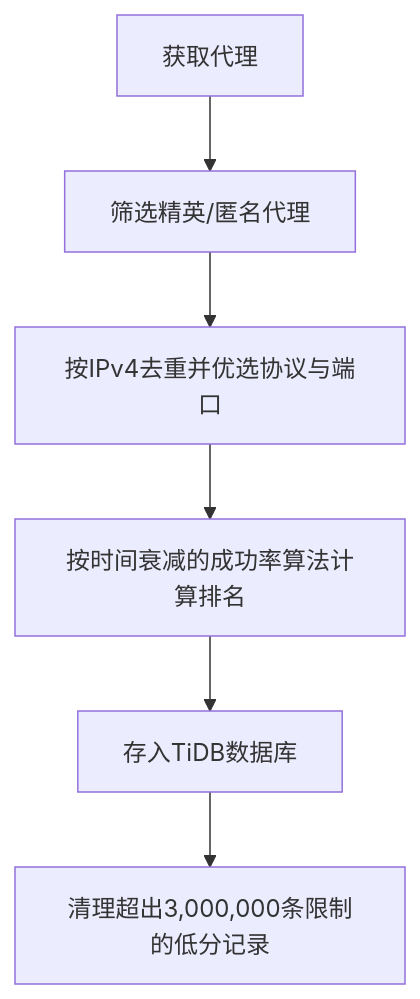
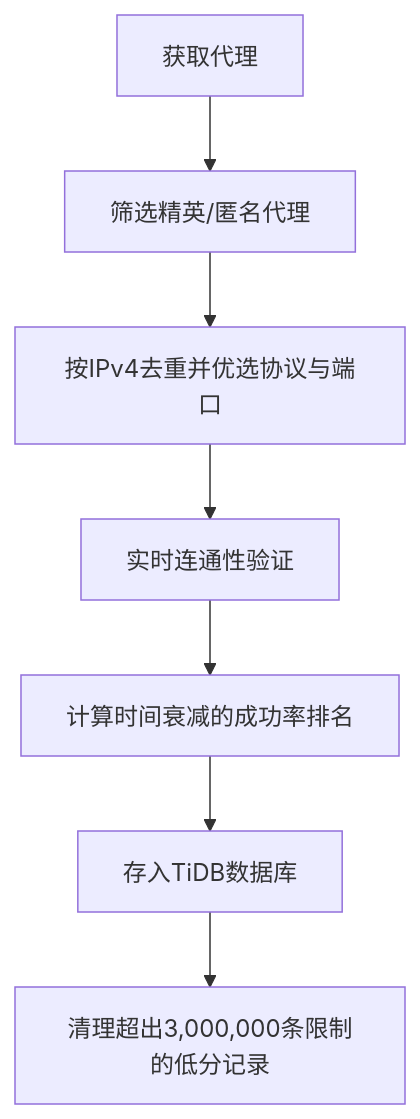
The diagram in proxy_fetch/readme/zh/README.md (webc-site/npm), drawn with Mermaid before and after one commit. The commit also changed other lines of this file and 2 other files, not shown here.

````diff
--- a/proxy_fetch/readme/zh/README.md
+++ b/proxy_fetch/readme/zh/README.md
@@ -34,8 +34,9 @@
 ```mermaid
 graph TD
     A[获取代理] --> B[筛选精英/匿名代理]
     B --> C[按IPv4去重并优选协议与端口]
-    C --> D[按时间衰减的成功率算法计算排名]
-    D --> E[存入TiDB数据库]
-    E --> F[清理超出3,000,000条限制的低分记录]
+    C --> D[实时连通性验证]
+    D --> E[计算时间衰减的成功率排名]
+    E --> F[存入TiDB数据库]
+    F --> G[清理超出3,000,000条限制的低分记录]
 ```
````
